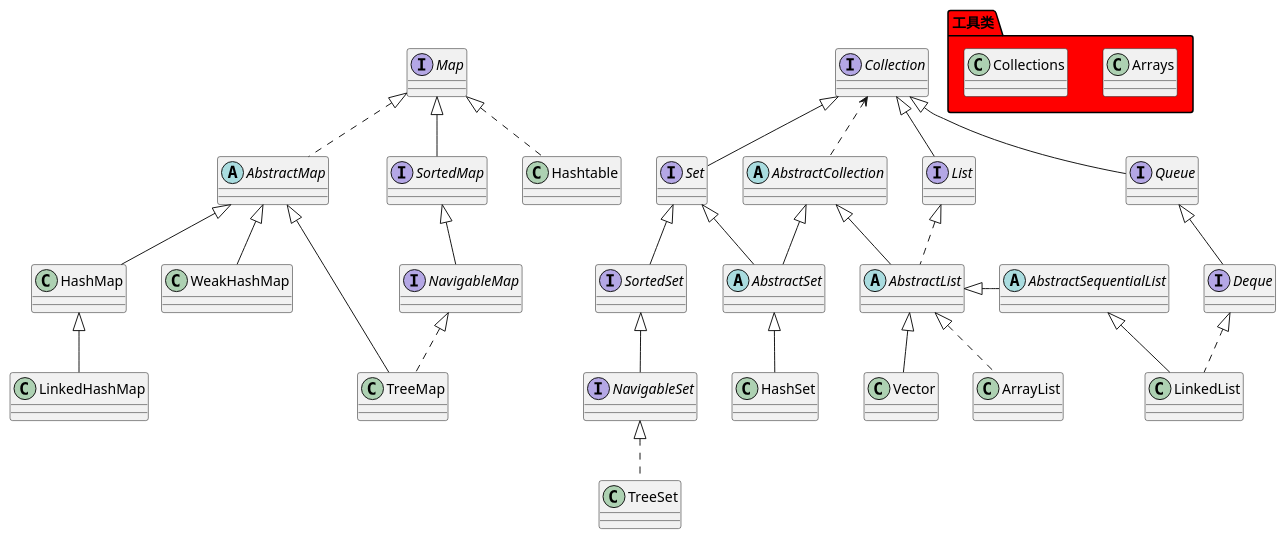
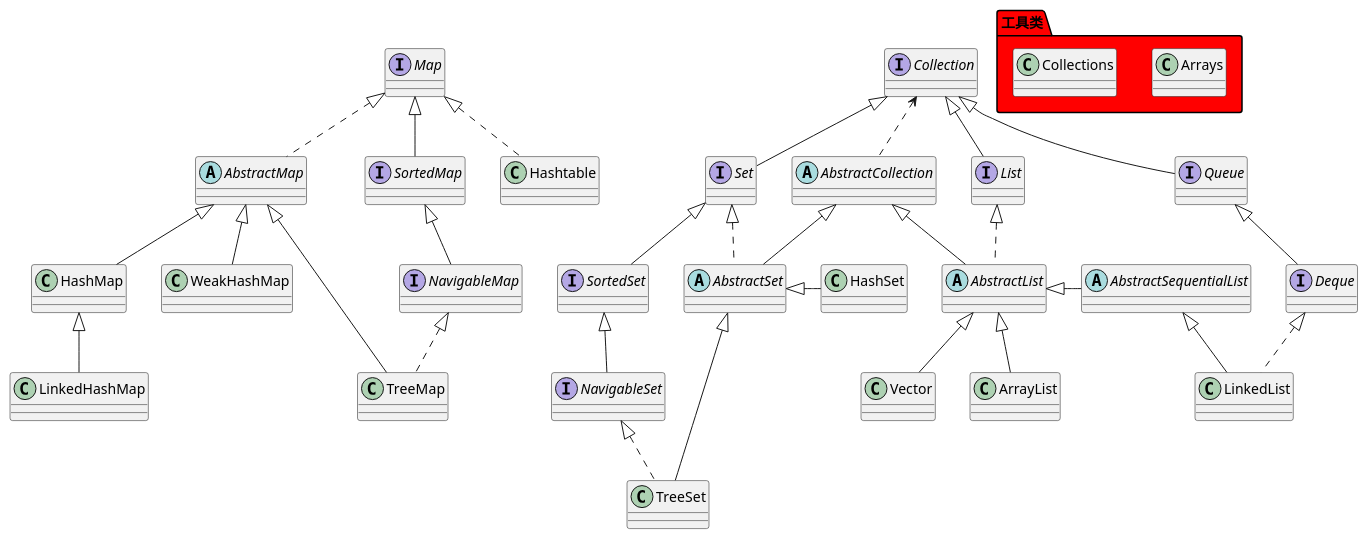
One commit to Jzedy/Z-books changed the diagram in src/main/uml/Collection.puml. Above: the diagram before and after it, drawn with PlantUML. The commit also changed 3 other files, not shown here.

```diff
--- a/src/main/uml/Collection.puml
+++ b/src/main/uml/Collection.puml
@@ -1,66 +1,67 @@
 @startuml
 
 interface Collection
 interface Map
 interface SortedMap
 interface NavigableMap
 interface Queue
 interface Deque
 interface List
 interface Set
 interface SortedSet
 interface NavigableSet
 
 'abstract class Dictionary
 abstract class AbstractMap
 abstract class AbstractCollection
 abstract class AbstractList
 abstract class AbstractSequentialList
 abstract class AbstractSet
 
 class Hashtable
 class WeakHashMap
 class TreeMap
 class HashMap
 class LinkedHashMap
 class LinkedList
 class ArrayList
 class Vector
 class HashSet
 class TreeSet
 
 Queue -up-|> Collection
 List -up-|> Collection
 Set -up-|> Collection
 AbstractCollection .up.>Collection
 LinkedList -up-|>AbstractSequentialList
 LinkedList .up.|> Deque
 Deque -up-|> Queue
 AbstractSequentialList -left-|> AbstractList
 AbstractList .up.|>List
 AbstractList -up-|>AbstractCollection
-ArrayList .up.|>AbstractList
+ArrayList -up-|>AbstractList
 Vector -up-|> AbstractList
 SortedSet -up-|>Set
 AbstractSet -up-|>AbstractCollection
-AbstractSet -up-|>Set
+AbstractSet .up.|>Set
 NavigableSet -up-|>SortedSet
 TreeSet .up.|>NavigableSet
-HashSet -up-|>AbstractSet
+TreeSet -up-|>AbstractSet
+HashSet -left-|>AbstractSet
 
 SortedMap -up-|>Map
 AbstractMap .up.|>Map
 Hashtable .up.|> Map
 HashMap -up-|> AbstractMap
 WeakHashMap -up-|> AbstractMap
 NavigableMap -up-|> SortedMap
 TreeMap .up.|> NavigableMap
 TreeMap -up-|> AbstractMap
 LinkedHashMap-up-|>HashMap
 
 namespace 工具类 #red{
     class Arrays
     class Collections
 }
 
 @enduml
```
